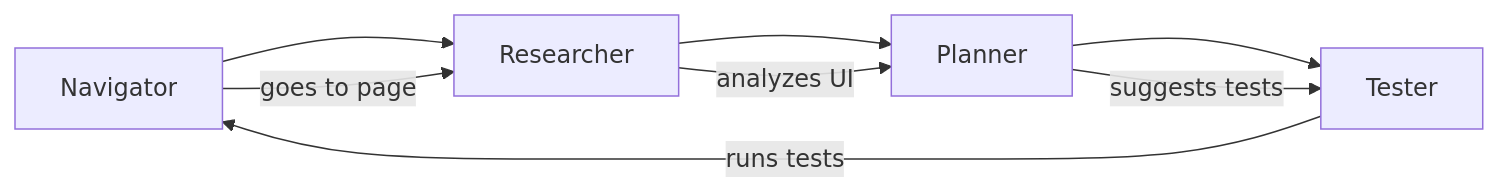
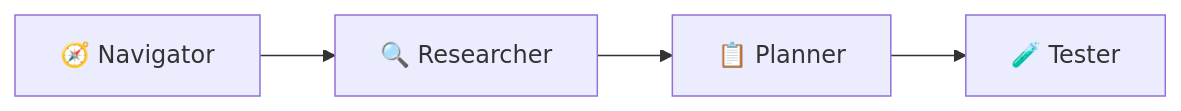
The diagram in README.md (testomatio/explorbot), drawn with Mermaid before and after one commit. The commit also changed other lines of this file, not shown here.

````diff
--- a/README.md
+++ b/README.md
@@ -79,8 +93,4 @@
 ```mermaid
 flowchart LR
-    A[Navigator] --> B[Researcher] --> C[Planner] --> D[Tester]
-    A -- "goes to page" --> B
-    B -- "analyzes UI" --> C
-    C -- "suggests tests" --> D
-    D -- "runs tests" --> A
+    N[🧭 Navigator] --> R[🔍 Researcher] --> P[📋 Planner] --> T[🧪 Tester]
 ```
````
